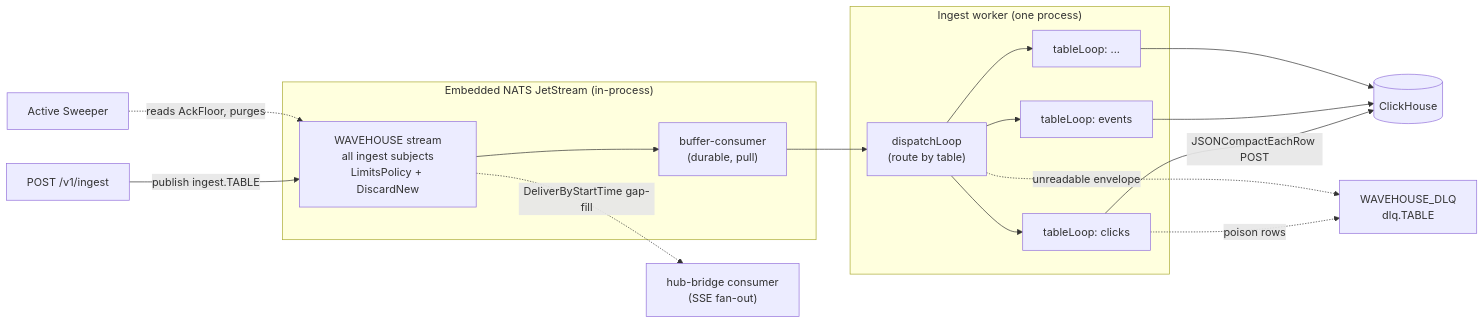
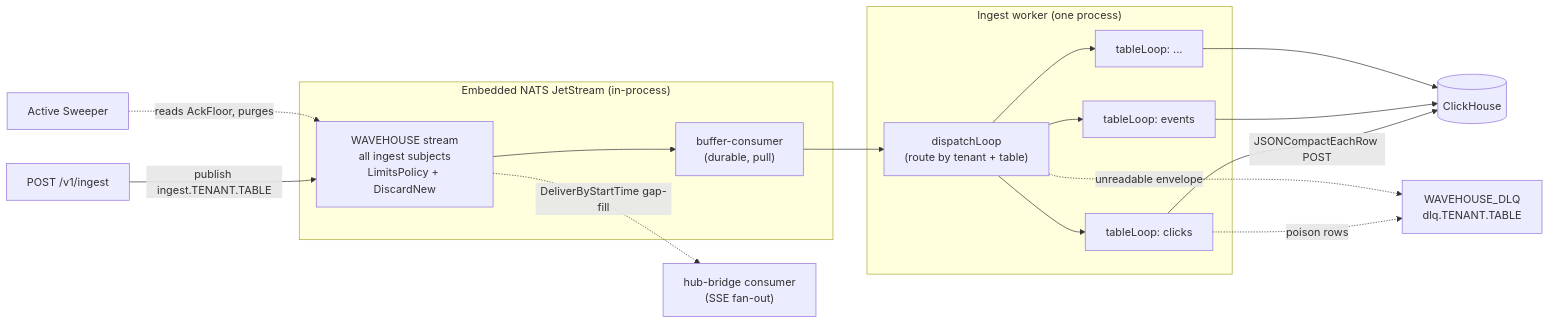
The first of 8 diagrams in docs/src/content/docs/ingest-pipeline.md (Wave-RF/WaveHouse), drawn with Mermaid before and after one commit. The commit also changed other lines of this file and 7 other files, not shown here.

````diff
--- a/docs/src/content/docs/ingest-pipeline.md
+++ b/docs/src/content/docs/ingest-pipeline.md
@@ -27,28 +27,28 @@
 ```mermaid
 flowchart LR
-    API["POST /v1/ingest"] -->|"publish ingest.TABLE"| Stream
+    API["POST /v1/ingest"] -->|"publish ingest.TENANT.TABLE"| Stream
 
     subgraph NATS["Embedded NATS JetStream (in-process)"]
         Stream["WAVEHOUSE stream<br/>all ingest subjects<br/>LimitsPolicy + DiscardNew"]
         Cons["buffer-consumer<br/>(durable, pull)"]
         Stream --> Cons
     end
 
     Cons --> D
 
     subgraph Worker["Ingest worker (one process)"]
-        D["dispatchLoop<br/>(route by table)"]
+        D["dispatchLoop<br/>(route by tenant + table)"]
         D --> TLa["tableLoop: clicks"]
         D --> TLb["tableLoop: events"]
         D --> TLc["tableLoop: ..."]
     end
 
     TLa -->|"JSONCompactEachRow POST"| CH[("ClickHouse")]
     TLb --> CH
     TLc --> CH
-    TLa -.->|"poison rows"| DLQ["WAVEHOUSE_DLQ<br/>dlq.TABLE"]
+    TLa -.->|"poison rows"| DLQ["WAVEHOUSE_DLQ<br/>dlq.TENANT.TABLE"]
     D -.->|"unreadable envelope"| DLQ
 
     Sweep["Active Sweeper"] -.->|"reads AckFloor, purges"| Stream
     Stream -.->|"DeliverByStartTime gap-fill"| Hub["hub-bridge consumer<br/>(SSE fan-out)"]
 ```
````
